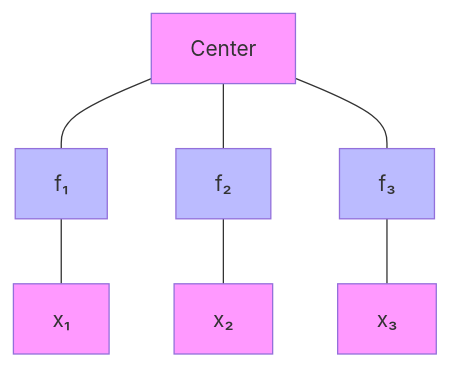
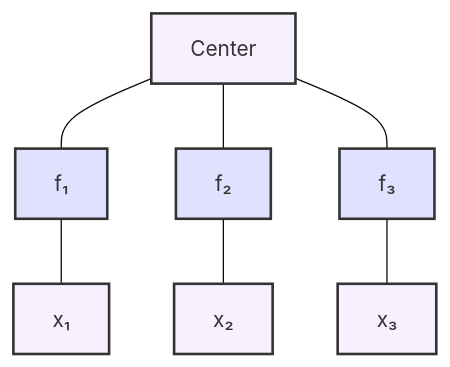
Before and after one commit to ActiveInferenceInstitute/cognitive: the sixth of 8 diagrams in docs/implementation/rxinfer/factor_graphs.md, drawn with Mermaid. The commit also changed other lines of this file and 7 other files, not shown here.

````diff
--- a/docs/implementation/rxinfer/factor_graphs.md
+++ b/docs/implementation/rxinfer/factor_graphs.md
@@ -222,13 +198,13 @@
 ```mermaid
+%%{init: {"theme": "base", "themeVariables": { "primaryColor": "#f9f0ff", "secondaryColor": "#e0e0ff"}}}%%
 graph TD
     C[Center] --- F1[f₁] --- X1[x₁]
     C --- F2[f₂] --- X2[x₂]
     C --- F3[f₃] --- X3[x₃]
-    style C fill:#f9f
-    style X1 fill:#f9f
-    style X2 fill:#f9f
-    style X3 fill:#f9f
-    style F1 fill:#bbf
-    style F2 fill:#bbf
-    style F3 fill:#bbf
+    
+    classDef varNode fill:#f9f0ff,stroke:#333,stroke-width:2px;
+    classDef factorNode fill:#e0e0ff,stroke:#333,stroke-width:2px;
+    
+    class C,X1,X2,X3 varNode;
+    class F1,F2,F3 factorNode;
 ```
````
